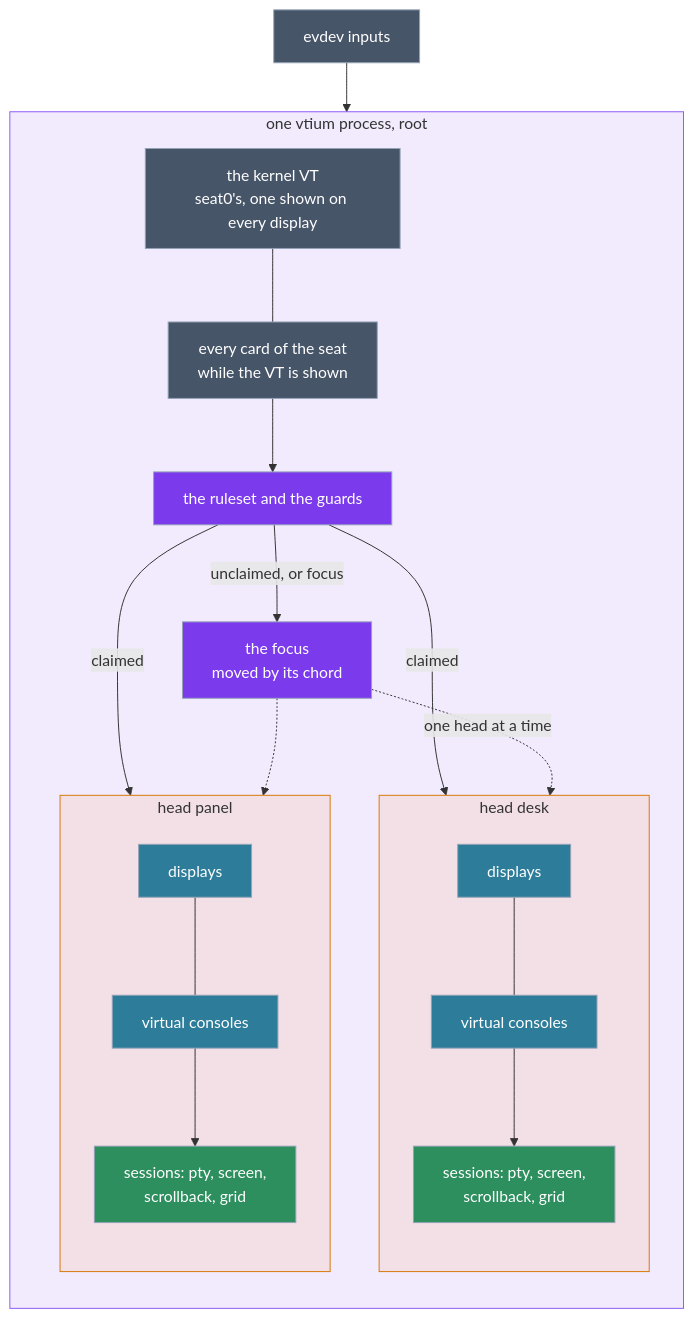
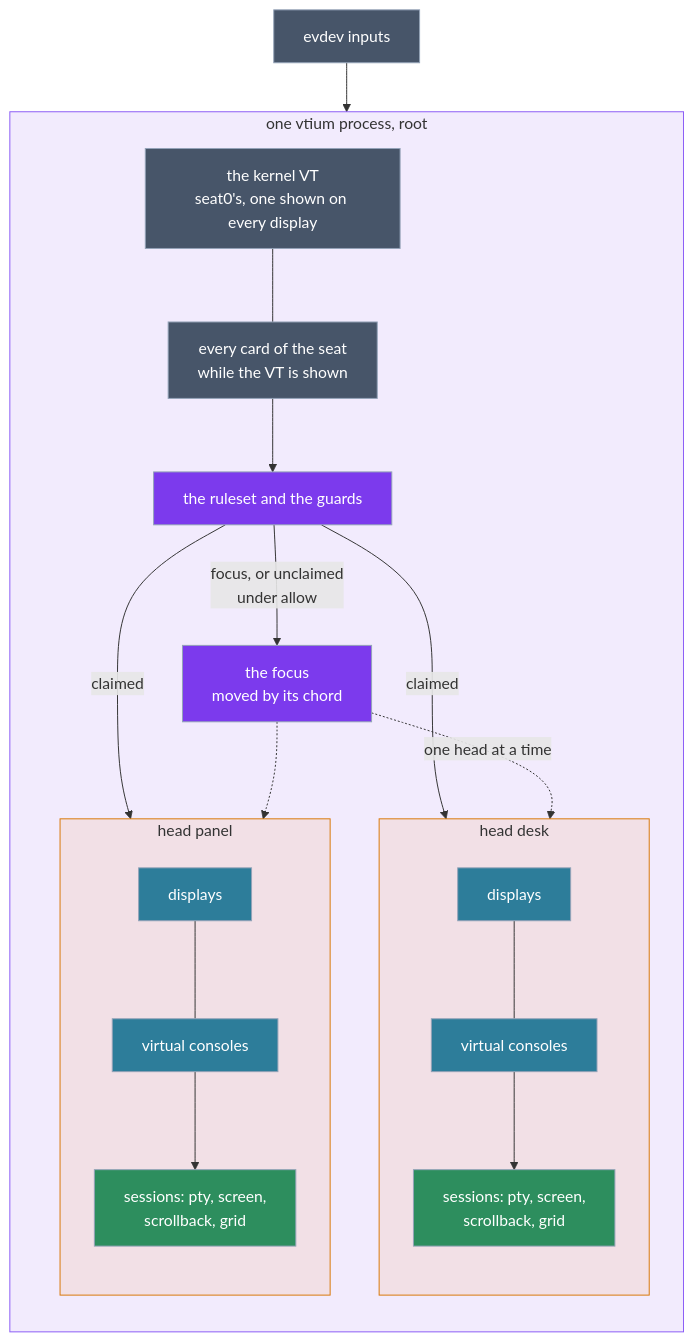
Before and after one commit to vtium/vtium: the first of 5 diagrams in docs/architecture/platform/ADR-1401-heads-a-terminal-per-physical-display-placed-by-a-first-match-ruleset.md, drawn with Mermaid. The commit also changed other lines of this file and 1 other file, not shown here.

````diff
--- a/docs/architecture/platform/ADR-1401-heads-a-terminal-per-physical-display-placed-by-a-first-match-ruleset.md
+++ b/docs/architecture/platform/ADR-1401-heads-a-terminal-per-physical-display-placed-by-a-first-match-ruleset.md
@@ -201,39 +208,39 @@
 ```mermaid
 flowchart TB
     subgraph PROC["one vtium process, root"]
         direction TB
         VT["the kernel VT<br>seat0's, one shown on every display"]
         CARDS["every card of the seat<br>while the VT is shown"]
         RULES["the ruleset and the guards"]
         subgraph H1["head desk"]
             direction TB
             D1["displays"] --- C1["virtual consoles"]
             C1 --> S1["sessions: pty, screen,<br>scrollback, grid"]
         end
         subgraph H2["head panel"]
             direction TB
             D2["displays"] --- C2["virtual consoles"]
             C2 --> S2["sessions: pty, screen,<br>scrollback, grid"]
         end
         FOCUS["the focus<br>moved by its chord"]
     end
     INPUTS["evdev inputs"] --> RULES
     CARDS --> RULES
     VT --- CARDS
     RULES -->|"claimed"| H1
     RULES -->|"claimed"| H2
-    RULES -->|"unclaimed, or focus"| FOCUS
+    RULES -->|"focus, or unclaimed<br>under allow"| FOCUS
     FOCUS -.->|"one head at a time"| H1
     FOCUS -.-> H2
     classDef core fill:#7c3aed,color:#ffffff,stroke:#94a3b8
     classDef step fill:#2d7d9a,color:#ffffff,stroke:#94a3b8
     classDef dev fill:#475569,color:#ffffff,stroke:#94a3b8
     classDef sess fill:#2d8e5e,color:#ffffff,stroke:#94a3b8
     class VT,CARDS,INPUTS dev
     class RULES,FOCUS core
     class D1,C1,D2,C2 step
     class S1,S2 sess
     style PROC fill:#7c3aed1a,stroke:#8b5cf6
     style H1 fill:#f6821f1a,stroke:#d97706
     style H2 fill:#f6821f1a,stroke:#d97706
 ```
````
